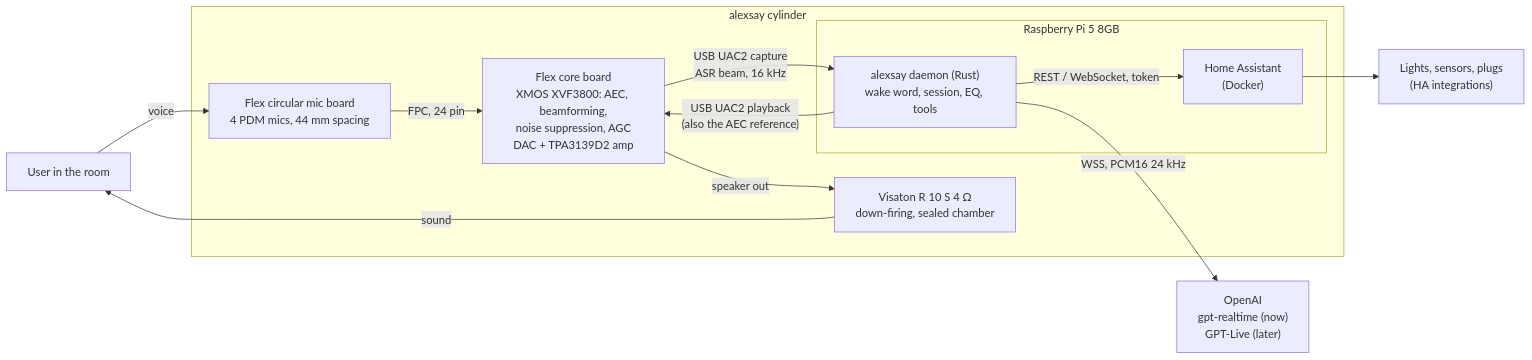
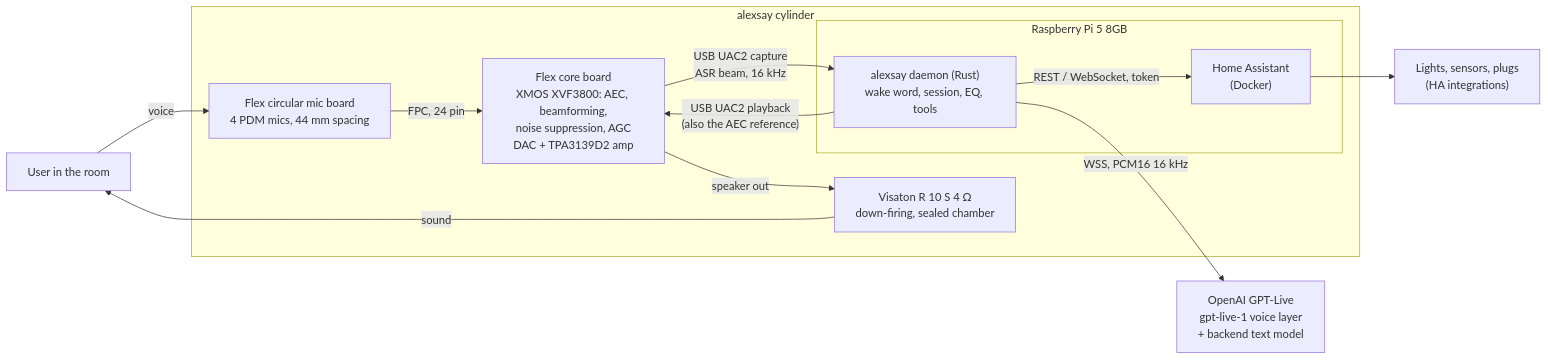
The first of 2 diagrams in docs/architecture.md (andreasbros/alexsay), drawn with Mermaid before and after one commit. The commit also changed other lines of this file and 7 other files, not shown here.

First line of the commit message:
Switch primary voice backend to GPT-Live (gpt-live-1)

````diff
--- a/docs/architecture.md
+++ b/docs/architecture.md
@@ -5,23 +5,23 @@
 ```mermaid
 flowchart LR
     U["User in the room"]
 
     subgraph Cyl["alexsay cylinder"]
         MIC["Flex circular mic board<br/>4 PDM mics, 44 mm spacing"]
         XVF["Flex core board<br/>XMOS XVF3800: AEC, beamforming,<br/>noise suppression, AGC<br/>DAC + TPA3139D2 amp"]
         SPK["Visaton R 10 S 4 Ω<br/>down-firing, sealed chamber"]
         subgraph Pi["Raspberry Pi 5 8GB"]
             D["alexsay daemon (Rust)<br/>wake word, session, EQ, tools"]
             HA["Home Assistant<br/>(Docker)"]
         end
     end
 
-    OAI["OpenAI<br/>gpt-realtime (now)<br/>GPT-Live (later)"]
+    OAI["OpenAI GPT-Live<br/>gpt-live-1 voice layer<br/>+ backend text model"]
     HOME["Lights, sensors, plugs<br/>(HA integrations)"]
 
     U -- voice --> MIC -- "FPC, 24 pin" --> XVF
     XVF -- "USB UAC2 capture<br/>ASR beam, 16 kHz" --> D
     D -- "USB UAC2 playback<br/>(also the AEC reference)" --> XVF -- "speaker out" --> SPK -- sound --> U
-    D -- "WSS, PCM16 24 kHz" --> OAI
+    D -- "WSS, PCM16 16 kHz" --> OAI
     D -- "REST / WebSocket, token" --> HA --> HOME
 ```
````
